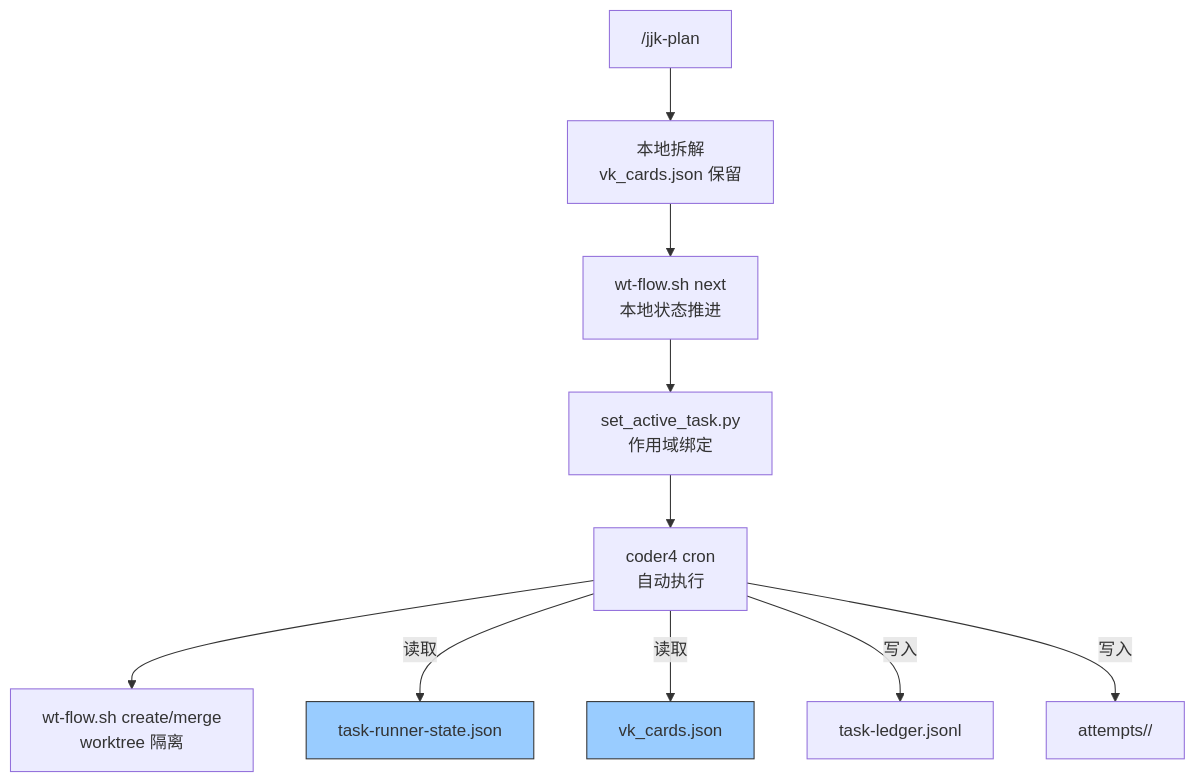
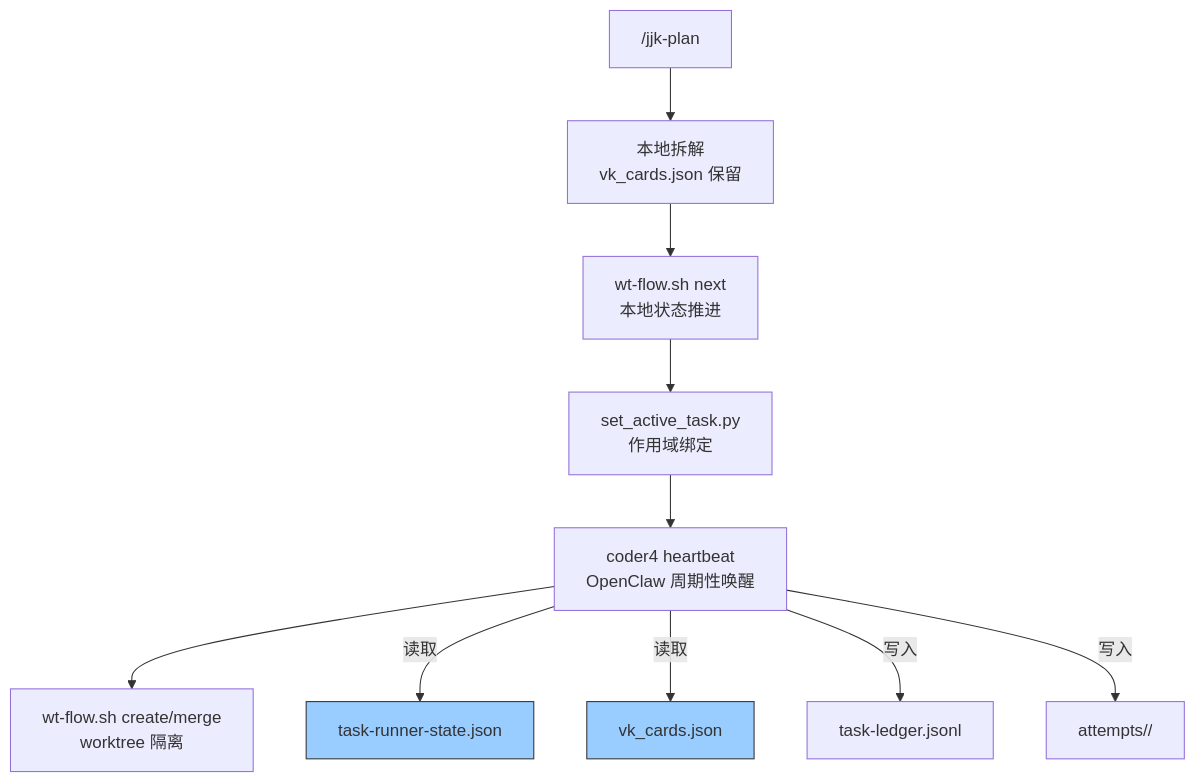
One commit to jijingkun-commits/fastapi changed the second of 4 diagrams in docs/内部参考/迭代需求/vibe_kanban依赖分析报告.md. Above: the diagram before and after it, drawn with Mermaid. The commit also changed other lines of this file and 503 other files, not shown here.

````diff
--- a/docs/内部参考/迭代需求/vibe_kanban依赖分析报告.md
+++ b/docs/内部参考/迭代需求/vibe_kanban依赖分析报告.md
@@ -212,16 +212,16 @@
 ```mermaid
 flowchart TD
     A["/jjk-plan"] --> B["本地拆解<br/>vk_cards.json 保留"]
     B --> C["wt-flow.sh next<br/>本地状态推进"]
     C --> D["set_active_task.py<br/>作用域绑定"]
-    D --> E["coder4 cron<br/>自动执行"]
+    D --> E["coder4 heartbeat<br/>OpenClaw 周期性唤醒"]
     E --> F["wt-flow.sh create/merge<br/>worktree 隔离"]
 
     E -->|"读取"| G["task-runner-state.json"]
     E -->|"读取"| H["vk_cards.json"]
     E -->|"写入"| I["task-ledger.jsonl"]
     E -->|"写入"| J["attempts/<card_id>/"]
 
     style G fill:#9cf,stroke:#333
     style H fill:#9cf,stroke:#333
 ```
````
